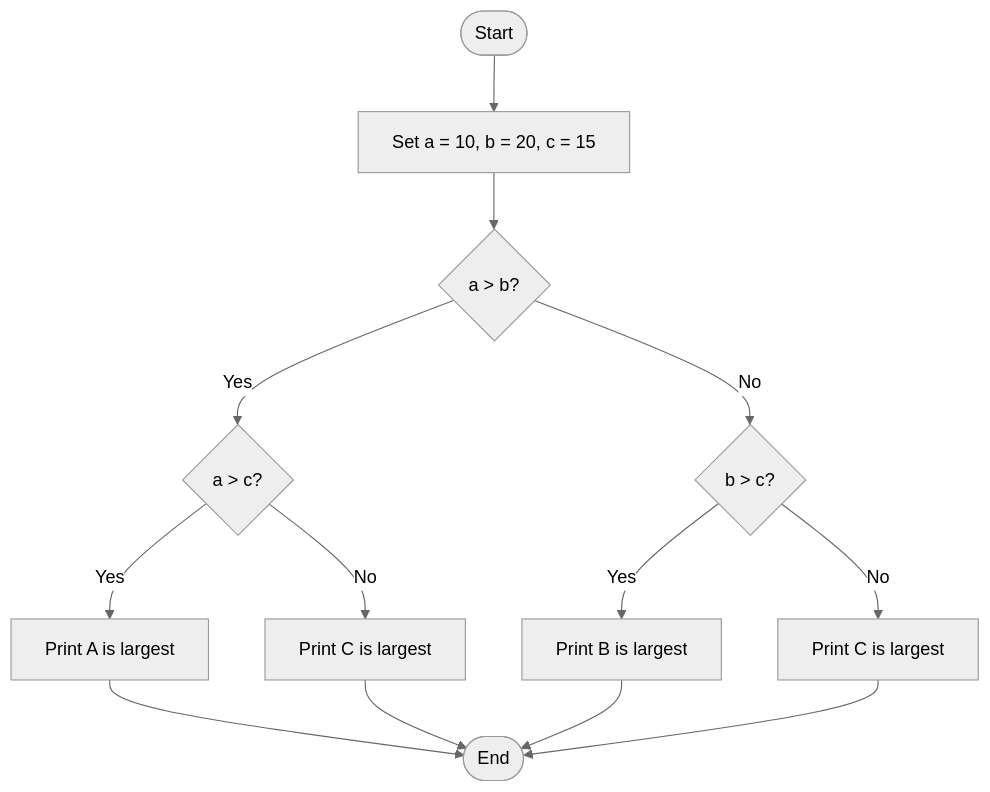
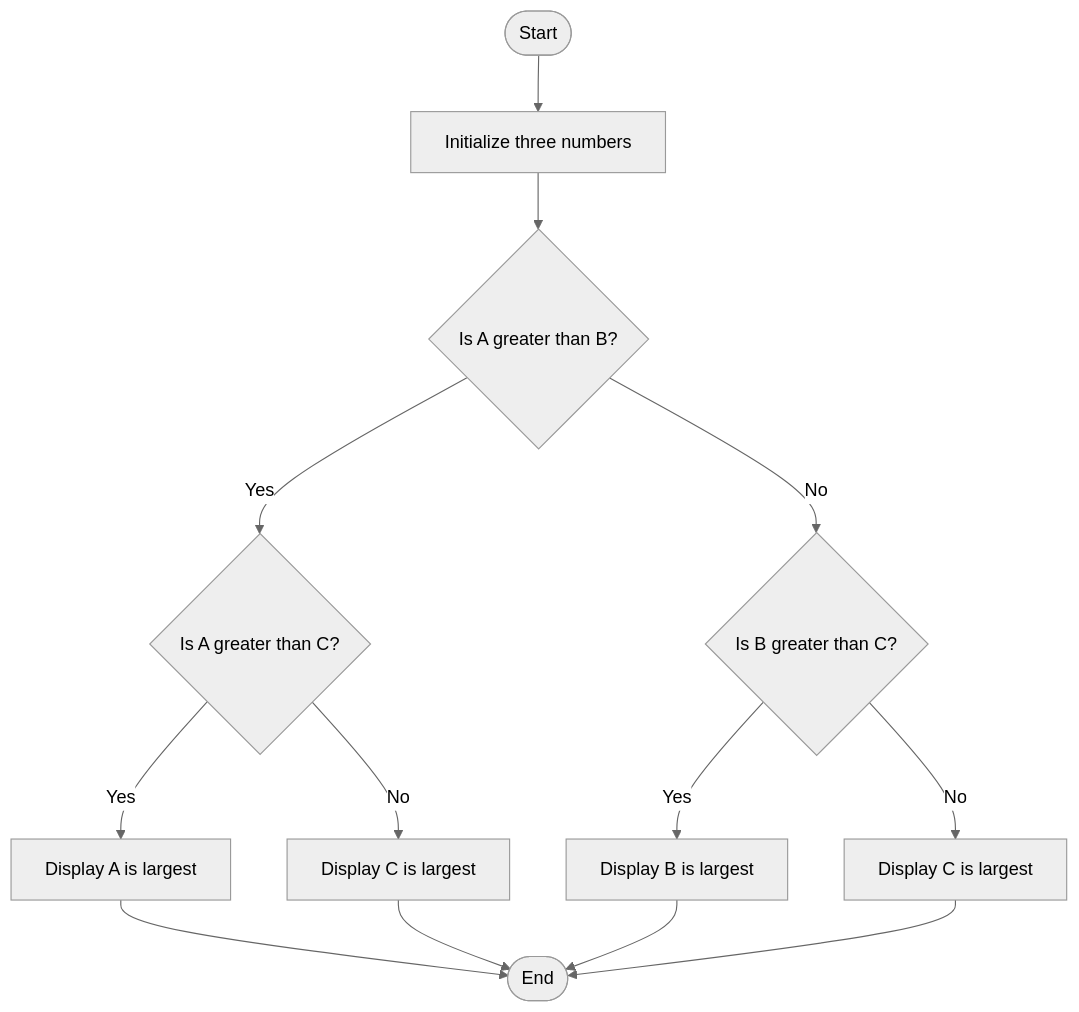
Before and after one commit to tonmoy222/C-programming-lab-work-Batch-34: the first of 3 diagrams in Lab-11-Nested-if/README.md, drawn with Mermaid (neutral theme). The commit also changed other lines of this file, not shown here.

````diff
--- a/Lab-11-Nested-if/README.md
+++ b/Lab-11-Nested-if/README.md
@@ -11,15 +11,15 @@
 ```mermaid
 flowchart TD
-    A([Start]) --> B["Set a = 10, b = 20, c = 15"]
-    B --> C{"a > b?"}
-    C -->|Yes| D{"a > c?"}
-    D -->|Yes| E["Print A is largest"]
-    D -->|No| F["Print C is largest"]
-    C -->|No| G{"b > c?"}
-    G -->|Yes| H["Print B is largest"]
-    G -->|No| I["Print C is largest"]
+    A([Start]) --> B["Initialize three numbers"]
+    B --> C{"Is A greater than B?"}
+    C -->|Yes| D{"Is A greater than C?"}
+    D -->|Yes| E["Display A is largest"]
+    D -->|No| F["Display C is largest"]
+    C -->|No| G{"Is B greater than C?"}
+    G -->|Yes| H["Display B is largest"]
+    G -->|No| I["Display C is largest"]
     E --> J([End])
     F --> J
     H --> J
     I --> J
 ```
````
